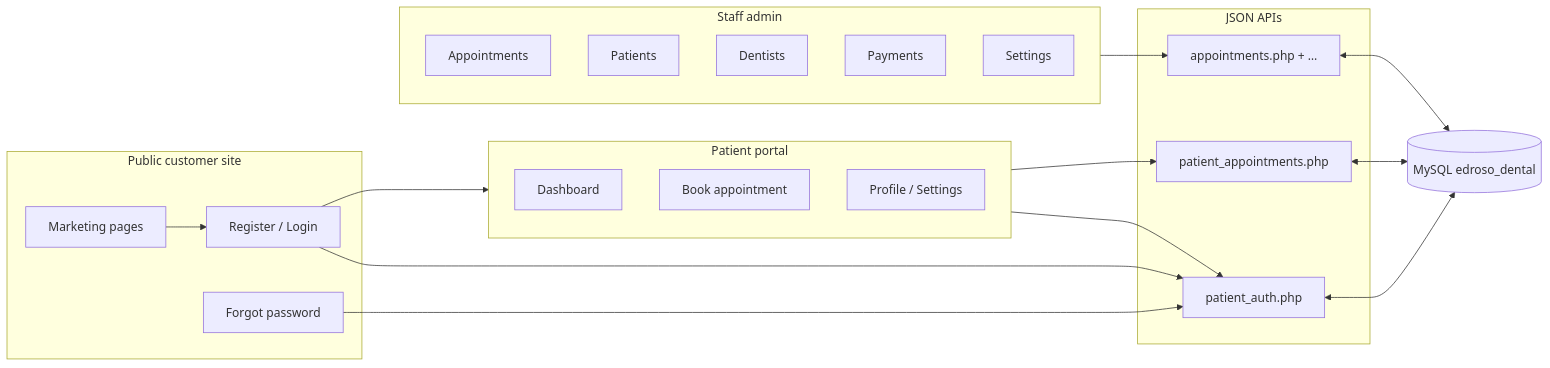
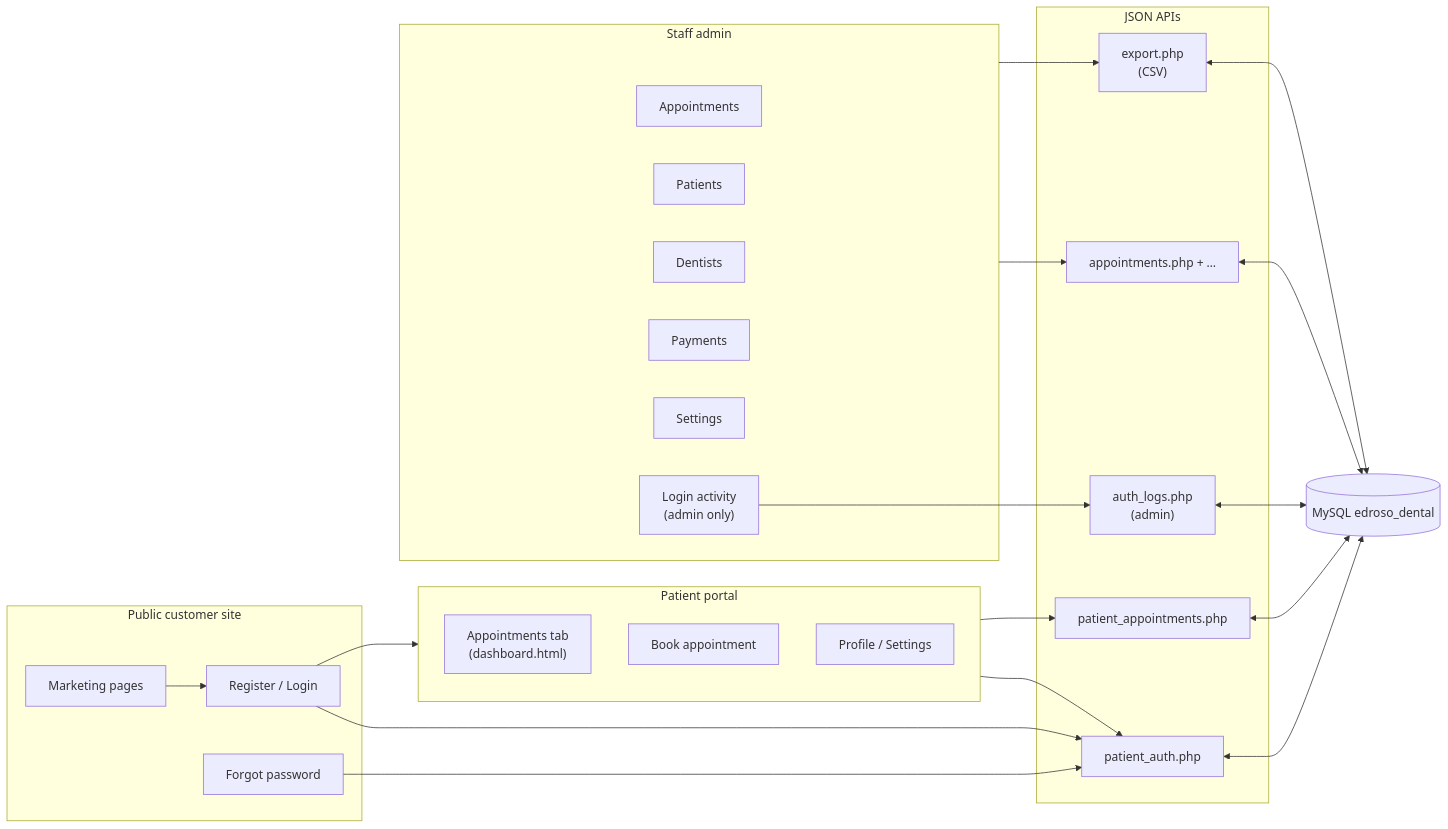
Before and after one commit to kguradillo548474/edroso-dental-system: the diagram in README.md, drawn with Mermaid. The commit also changed other lines of this file, not shown here.

````diff
--- a/README.md
+++ b/README.md
@@ -29,35 +48,42 @@
 ```mermaid
 flowchart LR
   subgraph public["Public customer site"]
     M[Marketing pages]
     R[Register / Login]
     F[Forgot password]
   end
   subgraph portal["Patient portal"]
-    D[Dashboard]
+    D["Appointments tab<br/>(dashboard.html)"]
     B[Book appointment]
     P[Profile / Settings]
   end
   subgraph staff["Staff admin"]
     A[Appointments]
     PT[Patients]
     DN[Dentists]
     PM[Payments]
     ST[Settings]
+    AL["Login activity<br/>(admin only)"]
   end
   subgraph api["JSON APIs"]
     PA[patient_auth.php]
     PP[patient_appointments.php]
     AP[appointments.php + …]
+    EX["export.php<br/>(CSV)"]
+    LG["auth_logs.php<br/>(admin)"]
   end
   M --> R
   R --> PA
   R --> portal
   F --> PA
   portal --> PA
   portal --> PP
   staff --> AP
+  staff --> EX
+  AL --> LG
   PP <--> DB[(MySQL edroso_dental)]
   AP <--> DB
   PA <--> DB
+  EX <--> DB
+  LG <--> DB
 ```
````
